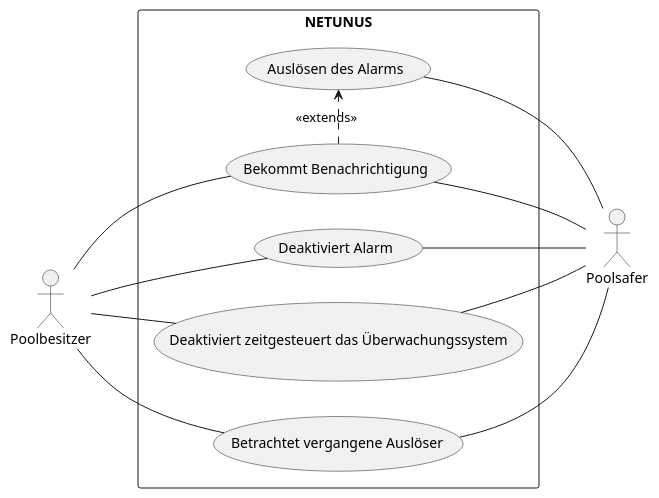
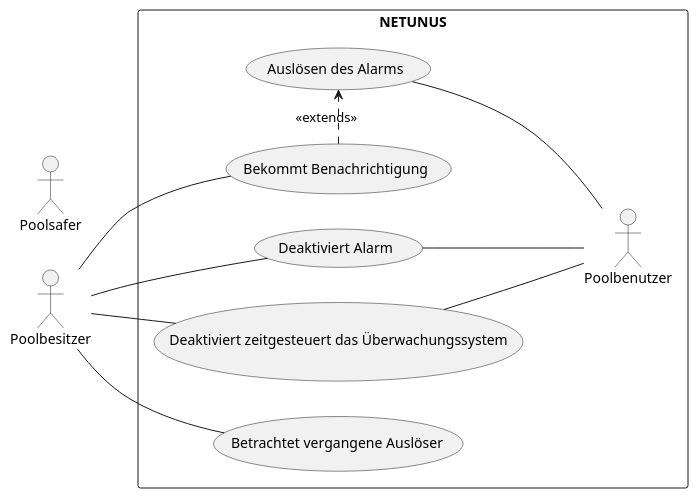
Before and after one commit to KonstantinFrank01/safer-pool: the diagram in Assets/use-case-diagram.iuml, drawn with PlantUML.

Commit message:
Modified a few use cases and an actor with his associations

```diff
--- a/Assets/use-case-diagram.iuml
+++ b/Assets/use-case-diagram.iuml
@@ -1,17 +1,15 @@
 @startuml
 left to right direction
 actor Poolbesitzer
 actor Poolsafer
 rectangle NETUNUS{
     Poolbesitzer -- (Bekommt Benachrichtigung)
     Poolbesitzer -- (Deaktiviert Alarm)
     Poolbesitzer -- (Deaktiviert zeitgesteuert das Überwachungssystem)
     Poolbesitzer -- (Betrachtet vergangene Auslöser)
-    (Bekommt Benachrichtigung) -- Poolsafer
     (Bekommt Benachrichtigung) .> (Auslösen des Alarms) : <<extends>>
-    (Deaktiviert Alarm) -- Poolsafer
-    (Deaktiviert zeitgesteuert das Überwachungssystem) -- Poolsafer
-    (Betrachtet vergangene Auslöser) -- Poolsafer
-    (Auslösen des Alarms) -- Poolsafer
+    (Deaktiviert Alarm) -- Poolbenutzer
+    (Deaktiviert zeitgesteuert das Überwachungssystem) -- Poolbenutzer
+    (Auslösen des Alarms) -- Poolbenutzer
 }
 @enduml
```
